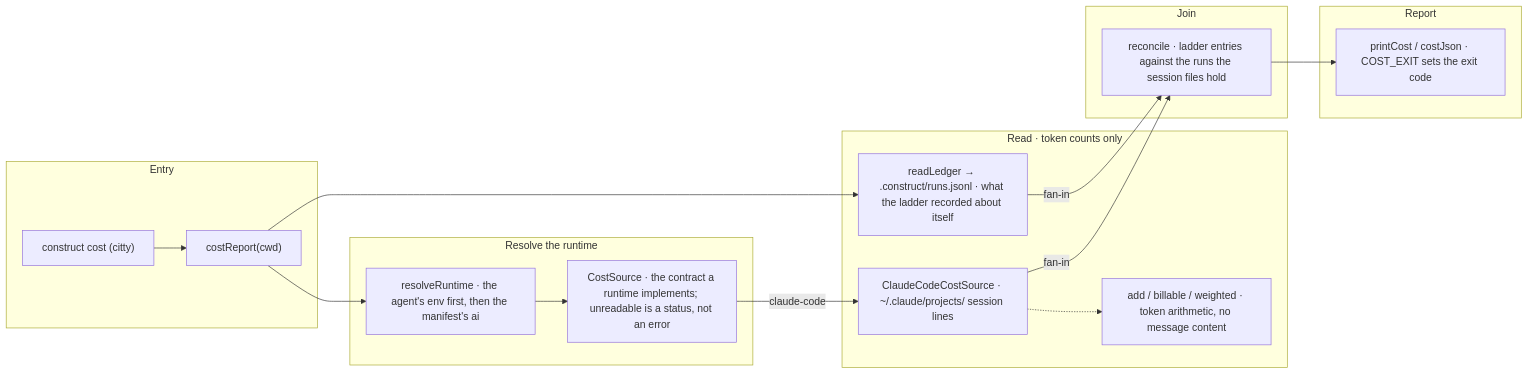
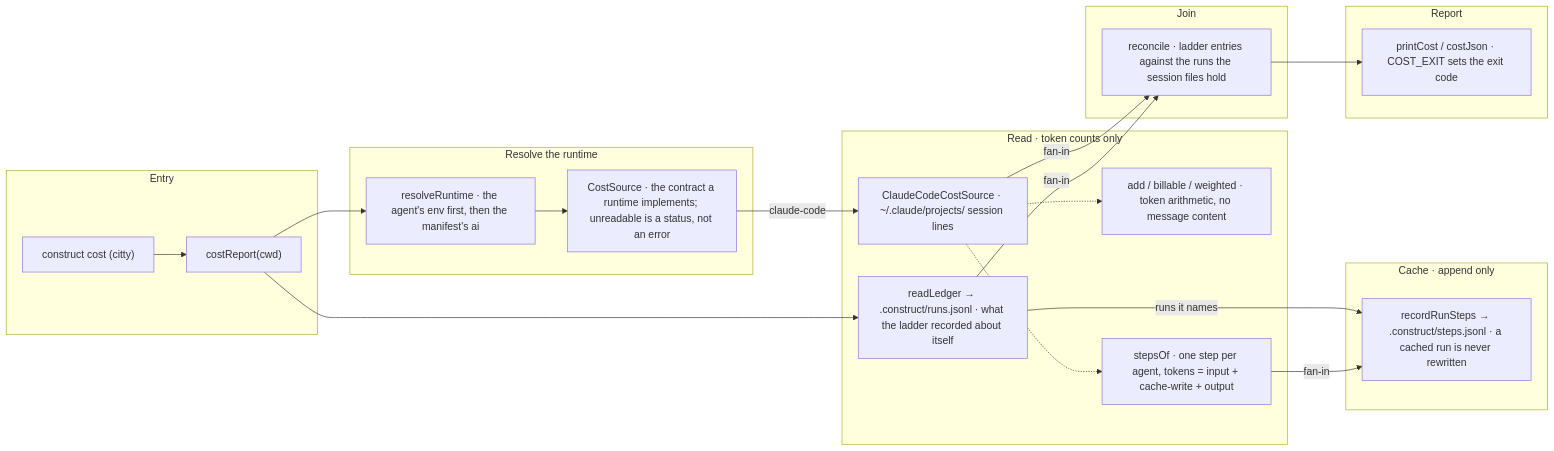
One commit to E1i/mikoshi-construct changed the diagram in architecture/cost.md. Above: the diagram before and after it, drawn with Mermaid. The commit also changed other lines of this file and 17 other files, not shown here.

Commit message:
sketch(cost): construct cost splits each ledger run into steps and caches them; expect-sample and launch forecast by effort × step (#127)

````diff
--- a/architecture/cost.md
+++ b/architecture/cost.md
@@ -10,31 +10,38 @@
 ```mermaid
 flowchart LR
   subgraph b_entry["Entry"]
     cli["construct cost (citty)"]
     run["costReport(cwd)"]
   end
   subgraph b_resolve["Resolve the runtime"]
     runtime["resolveRuntime · the agent's env first, then the manifest's ai"]
     source["CostSource · the contract a runtime implements; unreadable is a status, not an error"]
   end
   subgraph b_read["Read · token counts only"]
     claude["ClaudeCodeCostSource · ~/.claude/projects/<key> session lines"]
     usage["add / billable / weighted · token arithmetic, no message content"]
     ledger["readLedger → .construct/runs.jsonl · what the ladder recorded about itself"]
+    steps["stepsOf · one step per agent, tokens = input + cache-write + output"]
   end
   subgraph b_join["Join"]
     reconcile["reconcile · ladder entries against the runs the session files hold"]
+  end
+  subgraph b_cache["Cache · append only"]
+    stepCache["recordRunSteps → .construct/steps.jsonl · a cached run is never rewritten"]
   end
   subgraph b_report["Report"]
     print["printCost / costJson · COST_EXIT sets the exit code"]
   end
   cli --> run
   run --> runtime
   runtime --> source
   source -->|"claude-code"| claude
   claude -.-> usage
   run --> ledger
   claude -->|"fan-in"| reconcile
   ledger -->|"fan-in"| reconcile
   reconcile --> print
+  claude -.-> steps
+  ledger -->|"runs it names"| stepCache
+  steps -->|"fan-in"| stepCache
 ```
````
